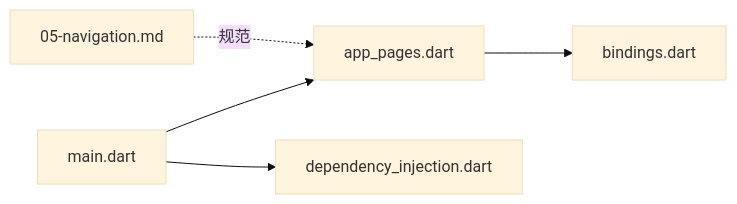
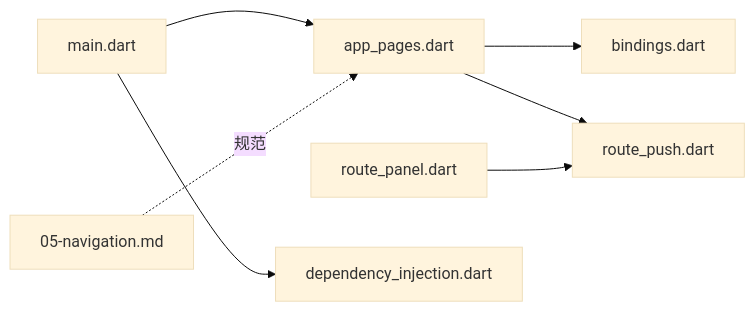
Diagram 11 of 11 in .qoder/repowiki/zh/content/核心模块/路由系统.md (justLXX/pilipala), drawn with Mermaid (base theme) before and after one commit. The commit also changed other lines of this file and 194 other files, not shown here.

````diff
--- a/.qoder/repowiki/zh/content/核心模块/路由系统.md
+++ b/.qoder/repowiki/zh/content/核心模块/路由系统.md
@@ -265,7 +420,9 @@
 ```mermaid
 graph LR
 MAIN["main.dart"] --> APP["app_pages.dart"]
 APP --> BIND["bindings.dart"]
+APP --> UTIL["route_push.dart"]
+DYNAMIC_PANEL["route_panel.dart"] --> UTIL
 MAIN --> DI["dependency_injection.dart"]
 DOC["05-navigation.md"] -. 规范 .-> APP
 ```
````
